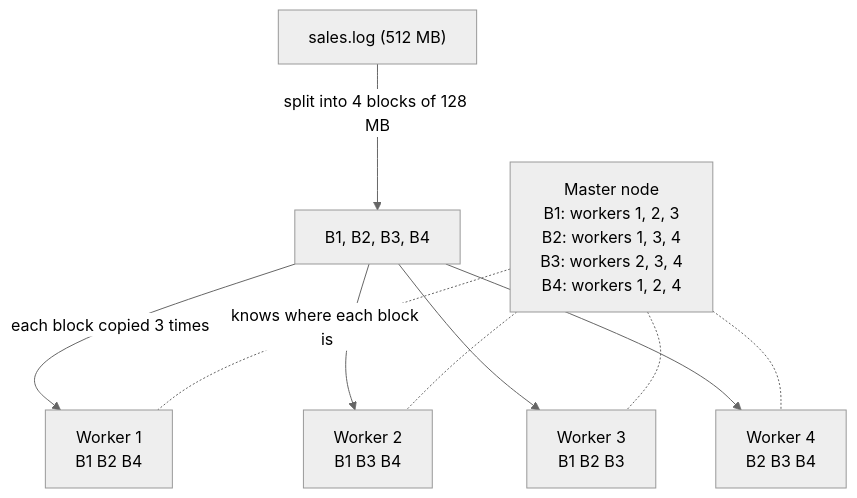
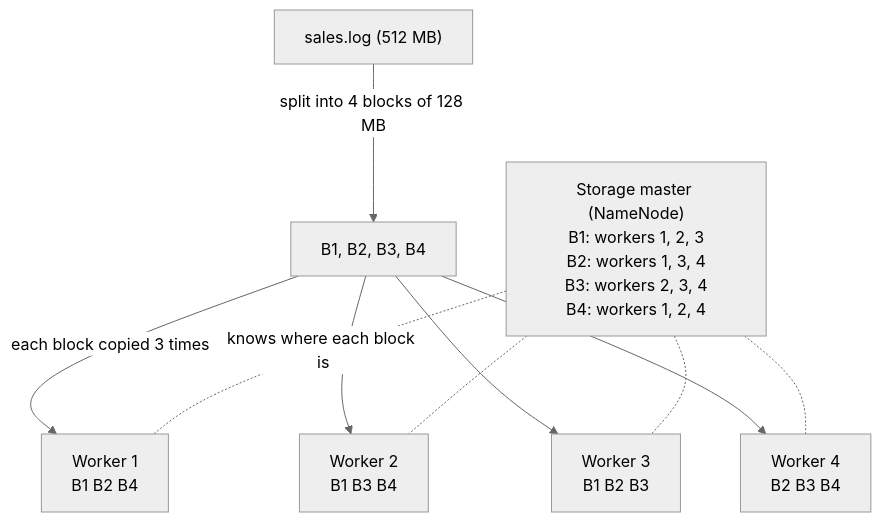
The first of 3 diagrams in lessons/06_big_data_technologies.md (Naviden/Introduction-to-Big-Data-and-NoSQL), drawn with Mermaid (neutral theme) before and after one commit. The commit also changed other lines of this file, not shown here.

Commit message:
add resource manager diagram to lesson 6

````diff
--- a/lessons/06_big_data_technologies.md
+++ b/lessons/06_big_data_technologies.md
@@ -25,13 +25,13 @@
 ```mermaid
 flowchart TB
     file["sales.log (512 MB)"] -->|"split into 4 blocks of 128 MB"| blocks["B1, B2, B3, B4"]
-    master["Master node<br/>B1: workers 1, 2, 3<br/>B2: workers 1, 3, 4<br/>B3: workers 2, 3, 4<br/>B4: workers 1, 2, 4"]
+    master["Storage master (NameNode)<br/>B1: workers 1, 2, 3<br/>B2: workers 1, 3, 4<br/>B3: workers 2, 3, 4<br/>B4: workers 1, 2, 4"]
     blocks -->|"each block copied 3 times"| W1["Worker 1<br/>B1 B2 B4"]
     blocks --> W2["Worker 2<br/>B1 B3 B4"]
     blocks --> W3["Worker 3<br/>B1 B2 B3"]
     blocks --> W4["Worker 4<br/>B2 B3 B4"]
     master -.-|"knows where each block is"| W1
     master -.- W2
     master -.- W3
     master -.- W4
 ```
````
